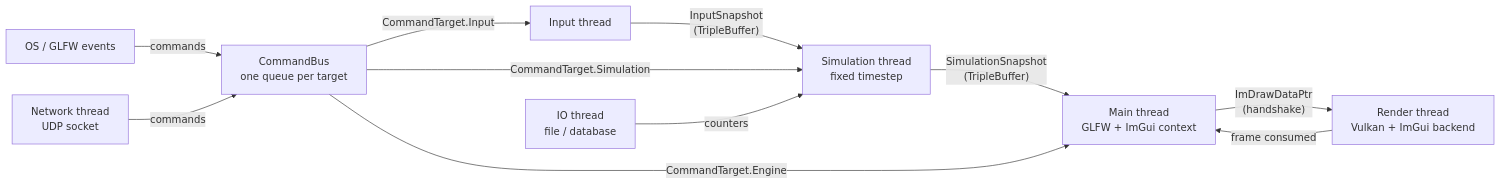
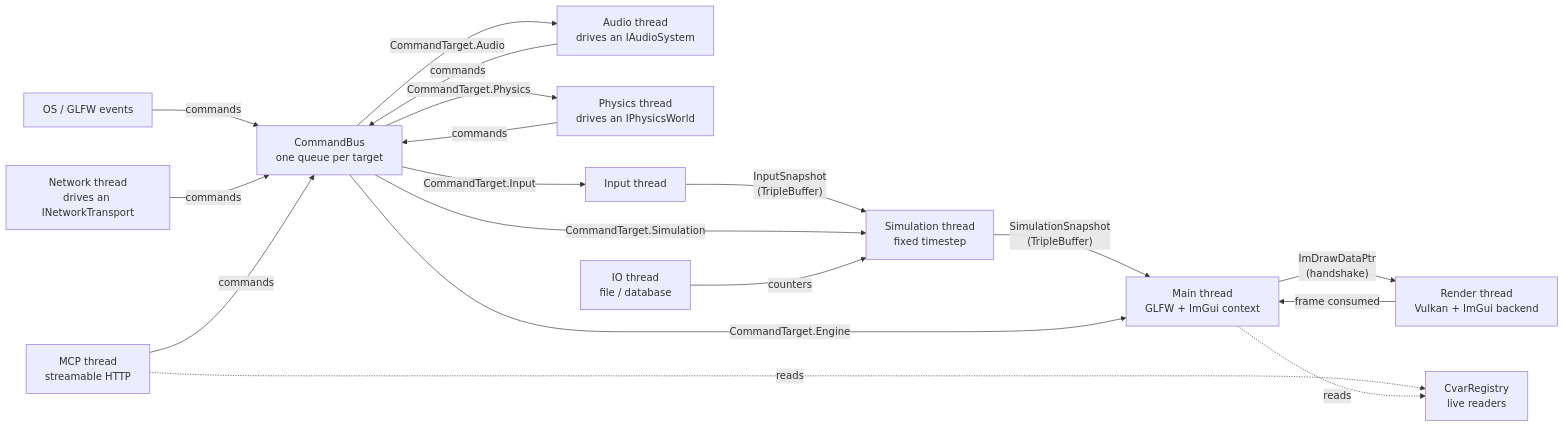
Before and after one commit to LeftofZen/BrutalTestEngine: the first of 3 diagrams in README.md, drawn with Mermaid. The commit also changed other lines of this file and 80 other files, not shown here.

````diff
--- a/README.md
+++ b/README.md
@@ -256,13 +340,20 @@
 ```mermaid
 flowchart LR
     OS["OS / GLFW events"] -->|commands| BUS["CommandBus<br/>one queue per target"]
-    NET["Network thread<br/>UDP socket"] -->|commands| BUS
+        NET["Network thread<br/>drives an INetworkTransport"] -->|commands| BUS
+    AIO["Audio thread<br/>drives an IAudioSystem"] -->|commands| BUS
+    PHY["Physics thread<br/>drives an IPhysicsWorld"] -->|commands| BUS
     BUS -->|"CommandTarget.Input"| IN["Input thread"]
     IN -->|"InputSnapshot<br/>(TripleBuffer)"| SIM["Simulation thread<br/>fixed timestep"]
     BUS -->|"CommandTarget.Simulation"| SIM
     IO["IO thread<br/>file / database"] -->|counters| SIM
     SIM -->|"SimulationSnapshot<br/>(TripleBuffer)"| MAIN["Main thread<br/>GLFW + ImGui context"]
     BUS -->|"CommandTarget.Engine"| MAIN
+    BUS -->|"CommandTarget.Audio"| AIO
+    BUS -->|"CommandTarget.Physics"| PHY
     MAIN -->|"ImDrawDataPtr<br/>(handshake)"| RT["Render thread<br/>Vulkan + ImGui backend"]
     RT -->|"frame consumed"| MAIN
+    MCP["MCP thread<br/>streamable HTTP"] -->|"commands"| BUS
+    MCP -.->|"reads"| CV["CvarRegistry<br/>live readers"]
+    MAIN -.->|"reads"| CV
 ```
````
